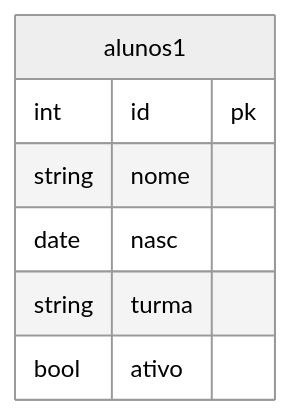
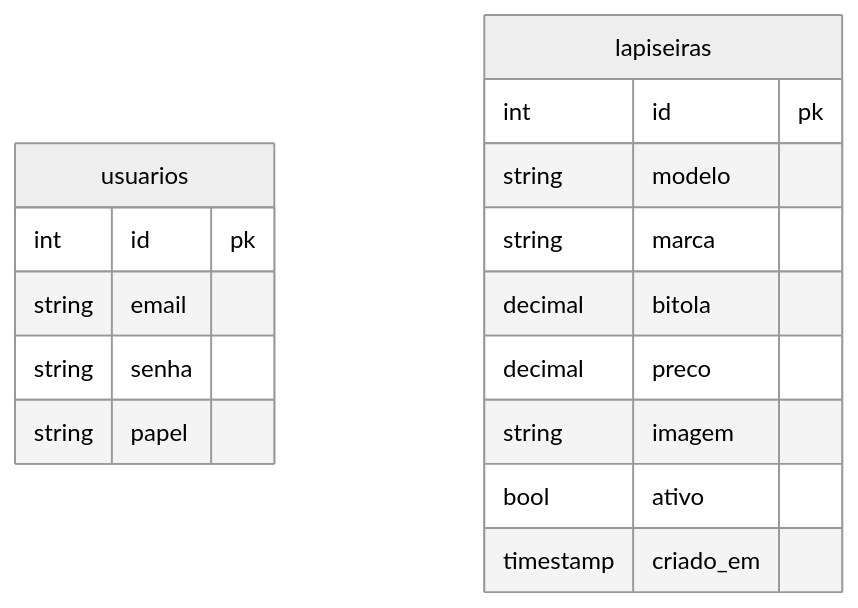
One commit to LucasRetameroBortoletto/projeto changed the diagram in README.md. Above: the diagram before and after it, drawn with Mermaid (neutral theme). The commit also changed other lines of this file and 38 other files, not shown here.

````diff
--- a/README.md
+++ b/README.md
@@ -49,10 +73,19 @@
 ```mermaid
 erDiagram
-alunos1 {
+usuarios {
     int id pk
-    string nome
-    date nasc
-    string turma
+    string email
+    string senha
+    string papel
+}
+lapiseiras {
+    int id pk
+    string modelo
+    string marca
+    decimal bitola
+    decimal preco
+    string imagem
     bool ativo
+    timestamp criado_em
 }
 ```
````
